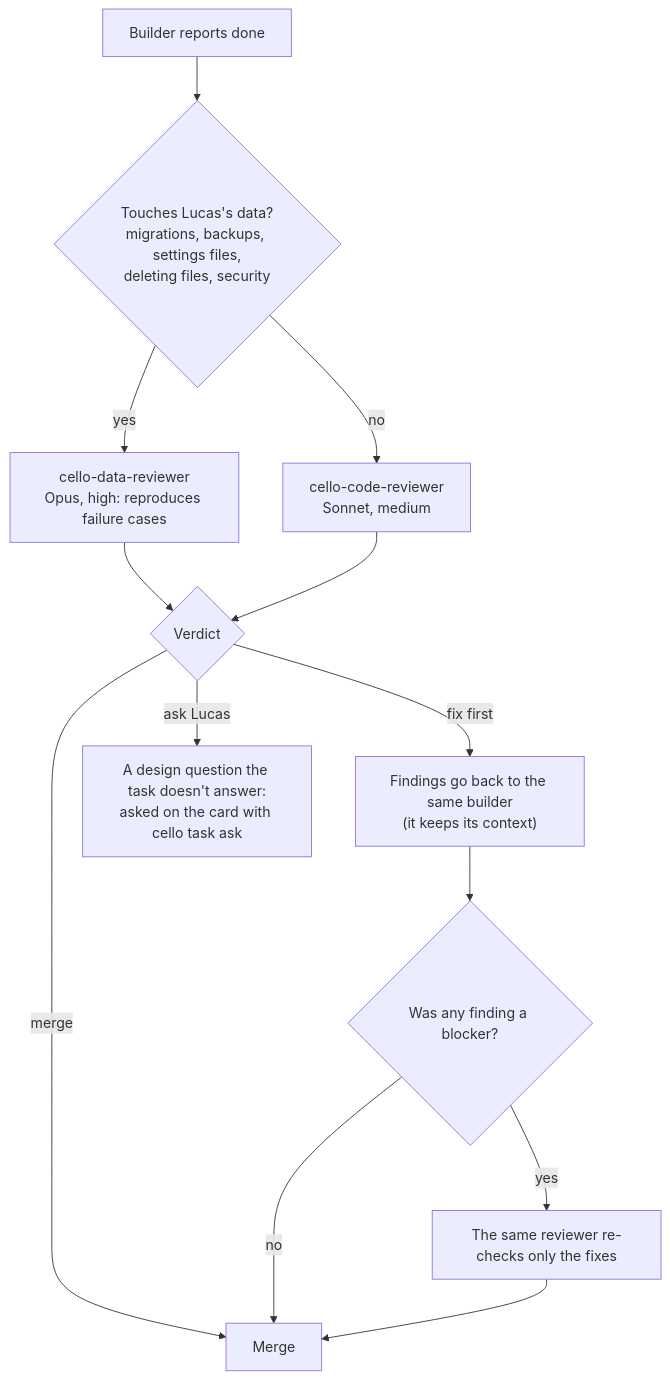
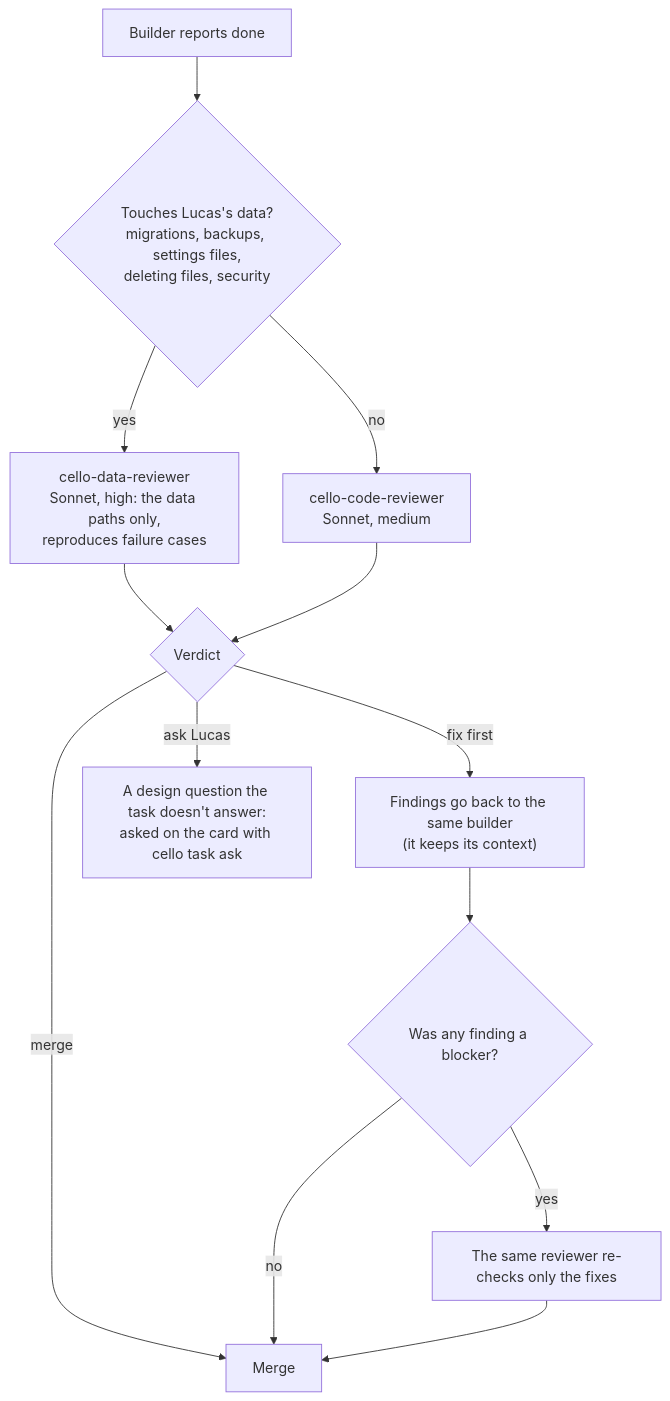
One commit to lnmunhoz/cello changed the third of 4 diagrams in docs/feature-lifecycle.md. Above: the diagram before and after it, drawn with Mermaid. The commit also changed other lines of this file and 3 other files, not shown here.

Commit message:
docs(agents): the data reviewer is Sonnet at high effort and checks only the data paths; Opus only for a blocker it can't settle

````diff
--- a/docs/feature-lifecycle.md
+++ b/docs/feature-lifecycle.md
@@ -94,15 +94,15 @@
 ```mermaid
 flowchart TD
     A["Builder reports done"] --> B{"Touches Lucas's data?<br/>migrations, backups, settings files,<br/>deleting files, security"}
-    B -->|yes| DR["cello-data-reviewer<br/>Opus, high: reproduces failure cases"]
+    B -->|yes| DR["cello-data-reviewer<br/>Sonnet, high: the data paths only,<br/>reproduces failure cases"]
     B -->|no| CR["cello-code-reviewer<br/>Sonnet, medium"]
     DR --> V{"Verdict"}
     CR --> V
     V -->|merge| M["Merge"]
     V -->|fix first| F["Findings go back to the same builder<br/>(it keeps its context)"]
     F --> X{"Was any finding a blocker?"}
     X -->|yes| R["The same reviewer re-checks only the fixes"]
     X -->|no| M
     R --> M
     V -->|ask Lucas| Q["A design question the task doesn't answer:<br/>asked on the card with cello task ask"]
 ```
````
